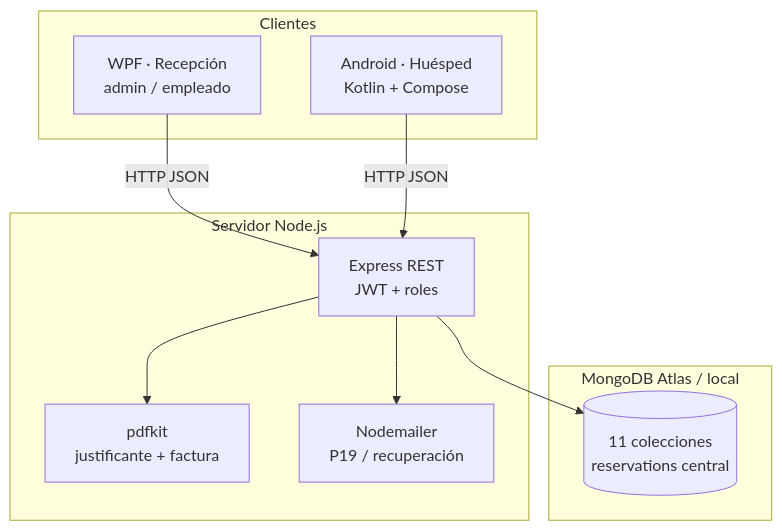
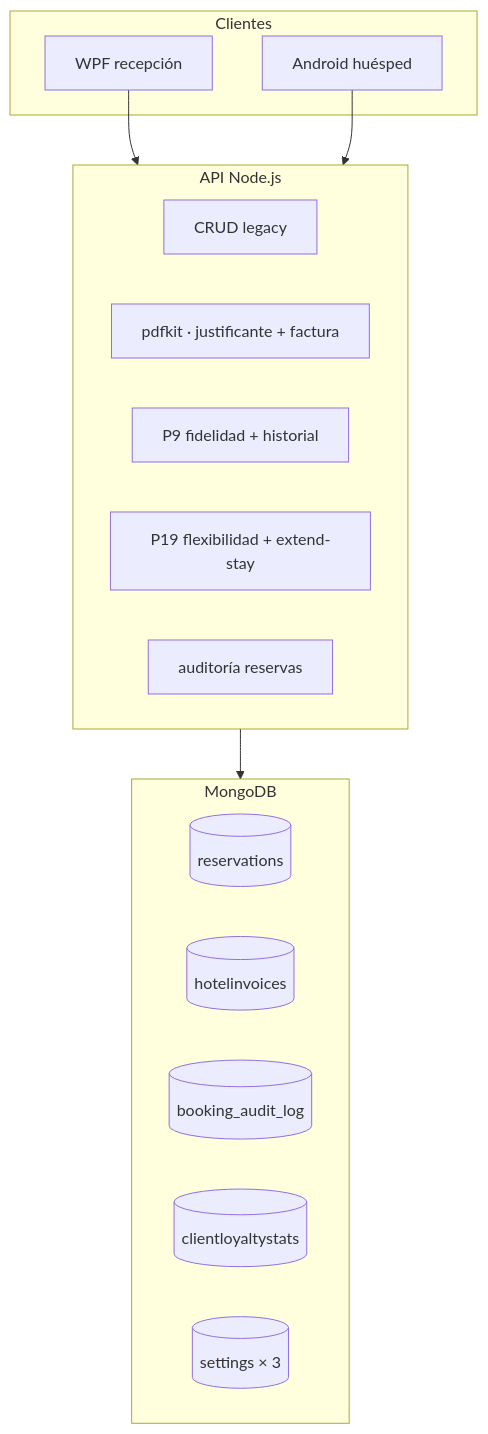
The diagram in README.md (Arsene-Althor/API-Intermodular-Ysael), drawn with Mermaid before and after one commit. The commit also changed other lines of this file, not shown here.

````diff
--- a/README.md
+++ b/README.md
@@ -11,20 +25,24 @@
 ```mermaid
 flowchart TB
     subgraph clientes["Clientes"]
-        WPF["WPF · Recepción<br/>admin / empleado"]
-        APP["Android · Huésped<br/>Kotlin + Compose"]
+        WPF[WPF recepción]
+        APP[Android huésped]
     end
-    subgraph servidor["Servidor Node.js"]
-        API["Express REST<br/>JWT + roles"]
-        PDF["pdfkit<br/>justificante + factura"]
-        MAIL["Nodemailer<br/>P19 / recuperación"]
+    subgraph api["API Node.js"]
+        CORE[CRUD legacy]
+        PDF[pdfkit · justificante + factura]
+        P9[P9 fidelidad + historial]
+        P19[P19 flexibilidad + extend-stay]
+        AUD[auditoría reservas]
     end
-    subgraph datos["MongoDB Atlas / local"]
-        DB[("11 colecciones<br/>reservations central")]
+    subgraph mongo["MongoDB"]
+        R[(reservations)]
+        HI[(hotelinvoices)]
+        BAL[(booking_audit_log)]
+        CLS[(clientloyaltystats)]
+        CFG[(settings × 3)]
     end
-    WPF -->|HTTP JSON| API
-    APP -->|HTTP JSON| API
-    API --> DB
-    API --> PDF
-    API --> MAIL
+    WPF --> api
+    APP --> api
+    api --> mongo
 ```
````
